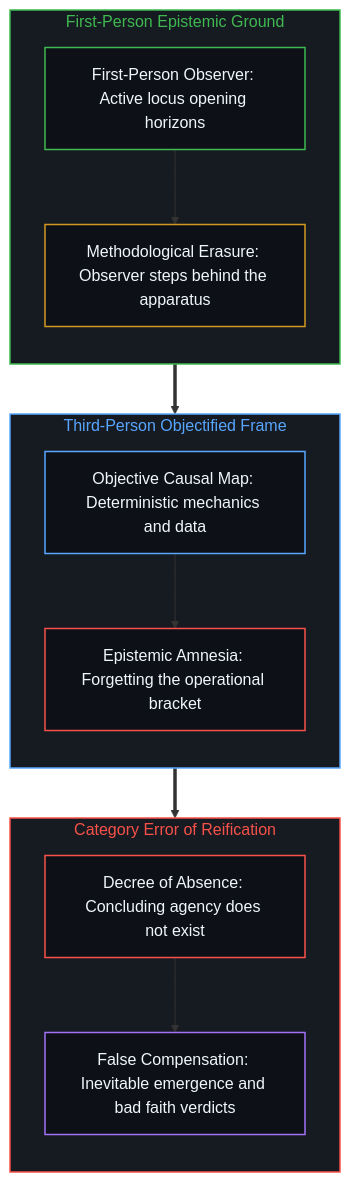
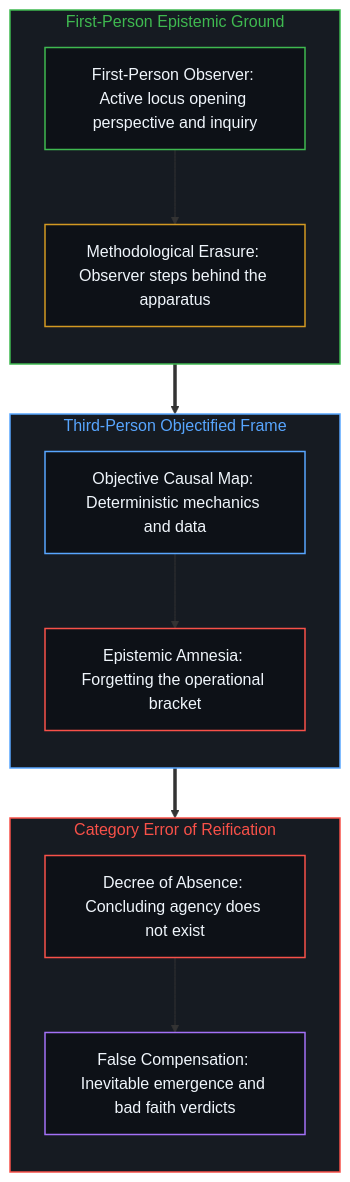
One commit to powerpig99/not-a-toe changed the second of 4 diagrams in content/posts/the-blind-spot-of-the-frame.md. Above: the diagram before and after it, drawn with Mermaid. The commit also changed other lines of this file and 4 other files, not shown here.

````diff
--- a/content/posts/the-blind-spot-of-the-frame.md
+++ b/content/posts/the-blind-spot-of-the-frame.md
@@ -67,37 +67,37 @@
 ```mermaid
 flowchart TD
     classDef default fill:#0d1117,stroke:#30363d,stroke-width:1px,color:#f0f6fc;
     classDef mind fill:#0d1117,stroke:#3fb950,stroke-width:1.5px,color:#f0f6fc;
     classDef warn fill:#0d1117,stroke:#d29922,stroke-width:1.5px,color:#f0f6fc;
     classDef fail fill:#0d1117,stroke:#f85149,stroke-width:1.5px,color:#f0f6fc;
     classDef model fill:#0d1117,stroke:#58a6ff,stroke-width:1.5px,color:#f0f6fc;
     classDef loop fill:#0d1117,stroke:#a371f7,stroke-width:1.5px,color:#f0f6fc;
 
     subgraph S_Origin ["First-Person Epistemic Ground"]
         direction TB
-        Subject["First-Person Observer: Active locus opening horizons"]:::mind
+        Subject["First-Person Observer: Active locus opening perspective and inquiry"]:::mind
         Bracket["Methodological Erasure: Observer steps behind the apparatus"]:::warn
         Subject --> Bracket
     end
 
     subgraph S_Model ["Third-Person Objectified Frame"]
         direction TB
         ObjectiveMap["Objective Causal Map: Deterministic mechanics and data"]:::model
         Amnesia["Epistemic Amnesia: Forgetting the operational bracket"]:::fail
         ObjectiveMap --> Amnesia
     end
 
     subgraph S_Inversion ["Category Error of Reification"]
         direction TB
         OntologicalAbsence["Decree of Absence: Concluding agency does not exist"]:::fail
         FalseCompensate["False Compensation: Inevitable emergence and bad faith verdicts"]:::loop
         OntologicalAbsence --> FalseCompensate
     end
 
     S_Origin ==> S_Model
     S_Model ==> S_Inversion
 
     style S_Origin fill:#161b22,stroke:#3fb950,stroke-width:1.5px,color:#3fb950
     style S_Model fill:#161b22,stroke:#58a6ff,stroke-width:1.5px,color:#58a6ff
     style S_Inversion fill:#161b22,stroke:#f85149,stroke-width:1.5px,color:#f85149
 ```
````
